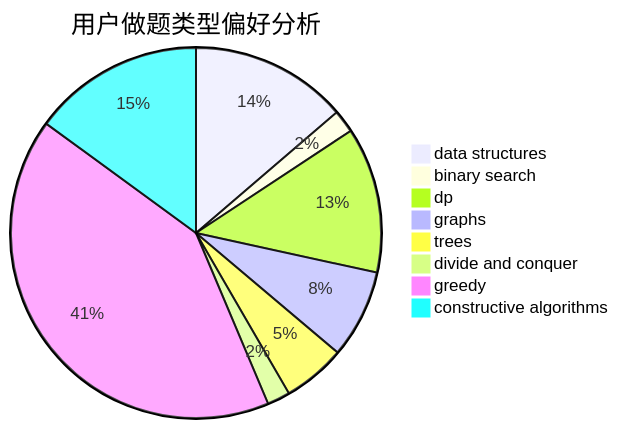
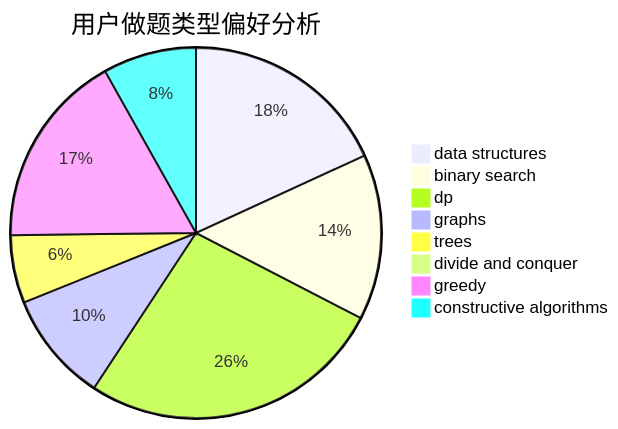
Before and after one commit to sherpahu/cfrs.github.io: the second of 3 diagrams in docs/user/u1960.md, drawn with Mermaid. The commit also changed other lines of this file and 2770 other files, not shown here.

````diff
--- a/docs/user/u1960.md
+++ b/docs/user/u1960.md
@@ -23,11 +23,11 @@
 ```mermaid
 pie title 用户做题类型偏好分析
-    "data structures" :  55
-    "binary search" :  8
-    "dp" :  51
-    "graphs" :  31
-    "trees" :  22
-    "divide and conquer" :  8
-    "greedy" :  166
-    "constructive algorithms" :  60
+    "data structures" :  49
+    "binary search" :  39
+    "dp" :  72
+    "graphs" :  26
+    "trees" :  16
+    "divide and conquer" :  2
+    "greedy" :  46
+    "constructive algorithms" :  22
 ```
````
